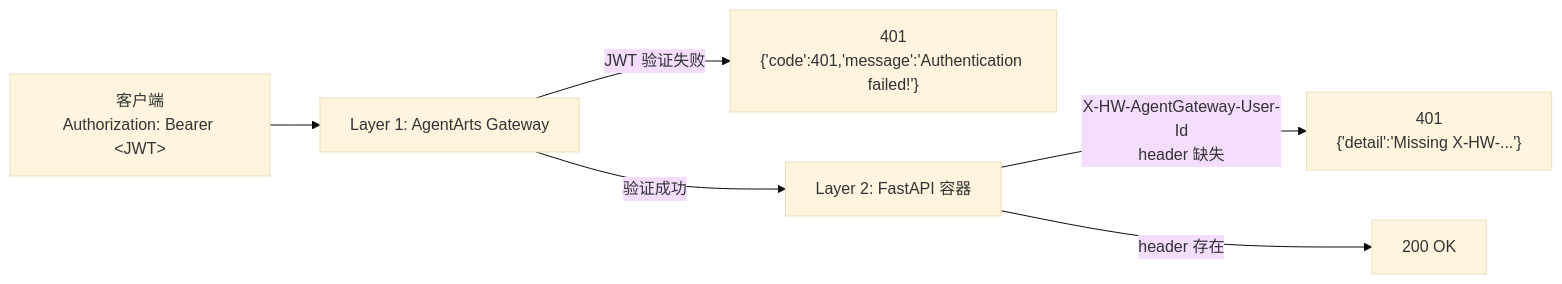
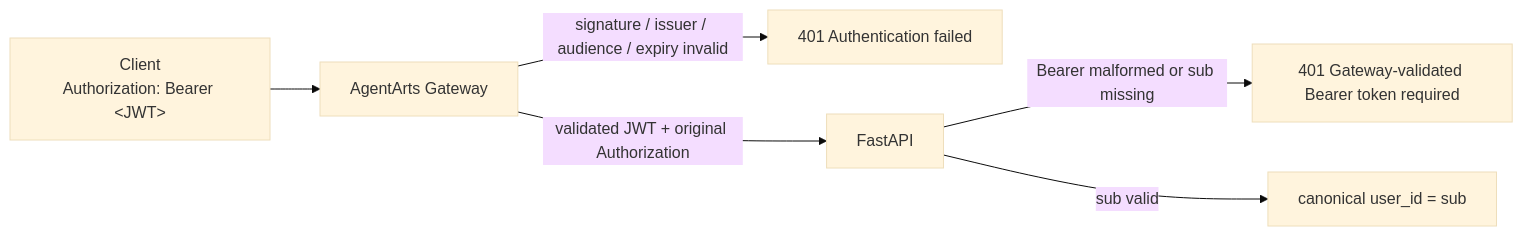
Before and after one commit to T-1009/personal-assistant: the fifth of 7 diagrams in personal-assistant-meta/architecture/cloud-service/huaweicloud/agentarts.md, drawn with Mermaid (base theme). The commit also changed other lines of this file and 105 other files, not shown here.

````diff
--- a/personal-assistant-meta/architecture/cloud-service/huaweicloud/agentarts.md
+++ b/personal-assistant-meta/architecture/cloud-service/huaweicloud/agentarts.md
@@ -769,8 +781,8 @@
 ```mermaid
 flowchart LR
-    CLIENT["客户端<br/>Authorization: Bearer &lt;JWT&gt;"] --> GW["Layer 1: AgentArts Gateway"]
-    GW -->|"JWT 验证失败"| ERR1["401<br/>{'code':401,'message':'Authentication failed!'}"]
-    GW -->|"验证成功"| CONTAINER["Layer 2: FastAPI 容器"]
-    CONTAINER -->|"X-HW-AgentGateway-User-Id<br/>header 缺失"| ERR2["401<br/>{'detail':'Missing X-HW-...'}"]
-    CONTAINER -->|"header 存在"| OK["200 OK"]
+    CLIENT["Client<br/>Authorization: Bearer &lt;JWT&gt;"] --> GW["AgentArts Gateway"]
+    GW -->|"signature / issuer / audience / expiry invalid"| ERR1["401 Authentication failed"]
+    GW -->|"validated JWT + original Authorization"| APP["FastAPI"]
+    APP -->|"Bearer malformed or sub missing"| ERR2["401 Gateway-validated Bearer token required"]
+    APP -->|"sub valid"| USER["canonical user_id = sub"]
 ```
````
